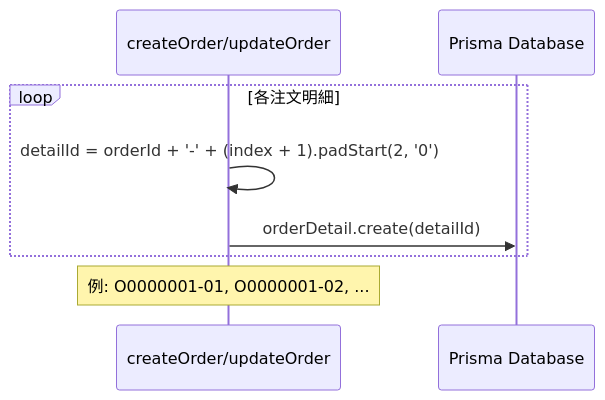
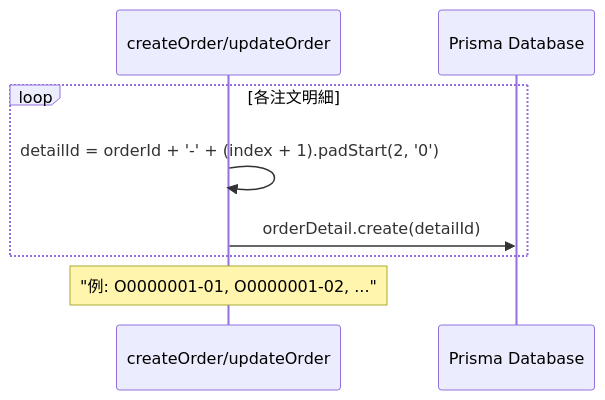
The eighth of 9 diagrams in document/actions/sequence/order.md (wasabi49/ocs-systemDevelopmentExercises), drawn with Mermaid before and after one commit. The commit also changed 42 other files, not shown here.

First line of the commit message:
fix: mermaidシーケンス図のNote over文でダブルクォーテーション不足を修正

````diff
--- a/document/actions/sequence/order.md
+++ b/document/actions/sequence/order.md
@@ -225,12 +225,12 @@
 ```mermaid
 sequenceDiagram
     participant Action as createOrder/updateOrder
     participant DB as Prisma Database
 
     loop 各注文明細
         Action->>Action: detailId = orderId + '-' + (index + 1).padStart(2, '0')
         Action->>DB: orderDetail.create(detailId)
     end
     
-    Note over Action: 例: O0000001-01, O0000001-02, ...
+    Note over Action: "例: O0000001-01, O0000001-02, ..."
 ```
````
